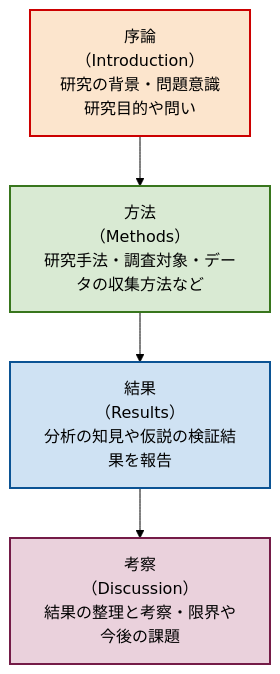
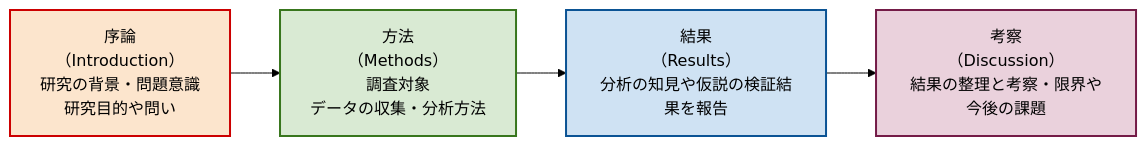
The third of 3 diagrams in thesis-culture-media.qmd (yaaruga/hp), drawn with Mermaid (forest theme) before and after one commit. The commit also changed other lines of this file and 3 other files, not shown here.

````diff
--- a/thesis-culture-media.qmd
+++ b/thesis-culture-media.qmd
@@ -134,17 +132,17 @@
 ```{mermaid}
-flowchart TD
+flowchart LR
 classDef default fill:#ffffff,stroke:#000000,stroke-width:1px;
-    A[序論<br>（Introduction）<br>研究の背景・問題意識<br>研究目的や問い] --> B[方法<br>（Methods）<br>研究手法・調査対象・データの収集方法など]
-    B --> C[結果<br>（Results）<br>分析の知見や仮説の検証結果を報告]
-    C --> D[考察<br>（Discussion）<br>結果の整理と考察・限界や今後の課題]
+    A["序論<br>（Introduction）<br>研究の背景・問題意識<br>研究目的や問い"] --> B["方法<br>（Methods）<br>調査対象<br>データの収集・分析方法"]
+    B --> C["結果<br>（Results）<br>分析の知見や仮説の検証結果を報告"]
+    C --> D["考察<br>（Discussion）<br>結果の整理と考察・限界や今後の課題"]
 
     A:::intro
     B:::method
     C:::result
     D:::discussion
 
     classDef intro fill:#fce5cd,stroke:#cc0000,stroke-width:2px;
     classDef method fill:#d9ead3,stroke:#38761d,stroke-width:2px;
     classDef result fill:#cfe2f3,stroke:#0b5394,stroke-width:2px;
     classDef discussion fill:#ead1dc,stroke:#741b47,stroke-width:2px;
 ```
````
